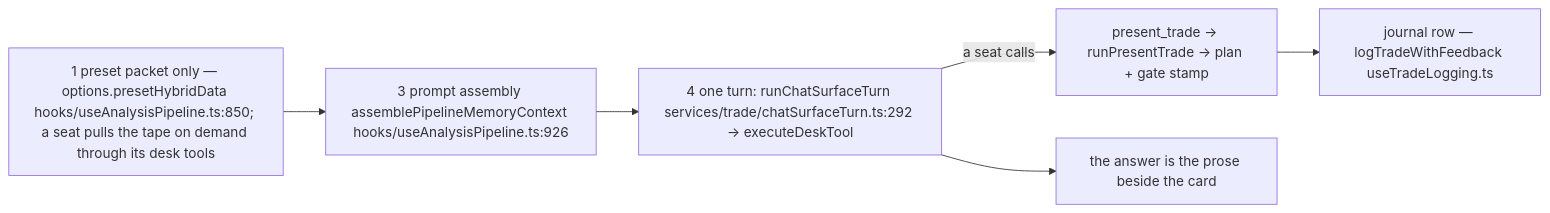
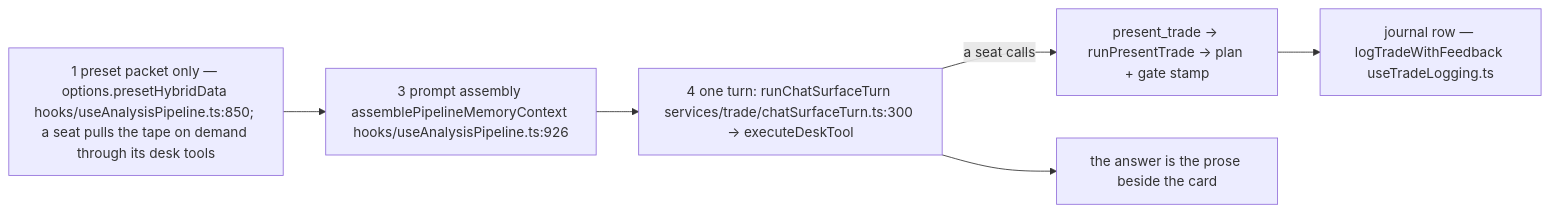
The third of 8 diagrams in docs/app-flow.md (Acepay25/august-3.5), drawn with Mermaid before and after one commit. The commit also changed other lines of this file and 10 other files, not shown here.

````diff
--- a/docs/app-flow.md
+++ b/docs/app-flow.md
@@ -260,8 +260,8 @@
 ```mermaid
 flowchart LR
     S1["1 preset packet only — options.presetHybridData hooks/useAnalysisPipeline.ts:850; a seat pulls the tape on demand through its desk tools"] --> S3["3 prompt assembly assemblePipelineMemoryContext hooks/useAnalysisPipeline.ts:926"]
-    S3 --> S4["4 one turn: runChatSurfaceTurn services/trade/chatSurfaceTurn.ts:292 → executeDeskTool"]
+    S3 --> S4["4 one turn: runChatSurfaceTurn services/trade/chatSurfaceTurn.ts:300 → executeDeskTool"]
     S4 -->|a seat calls| PT["present_trade → runPresentTrade → plan + gate stamp"]
     PT --> JR["journal row — logTradeWithFeedback useTradeLogging.ts"]
     S4 --> ANS["the answer is the prose beside the card"]
 ```
````
